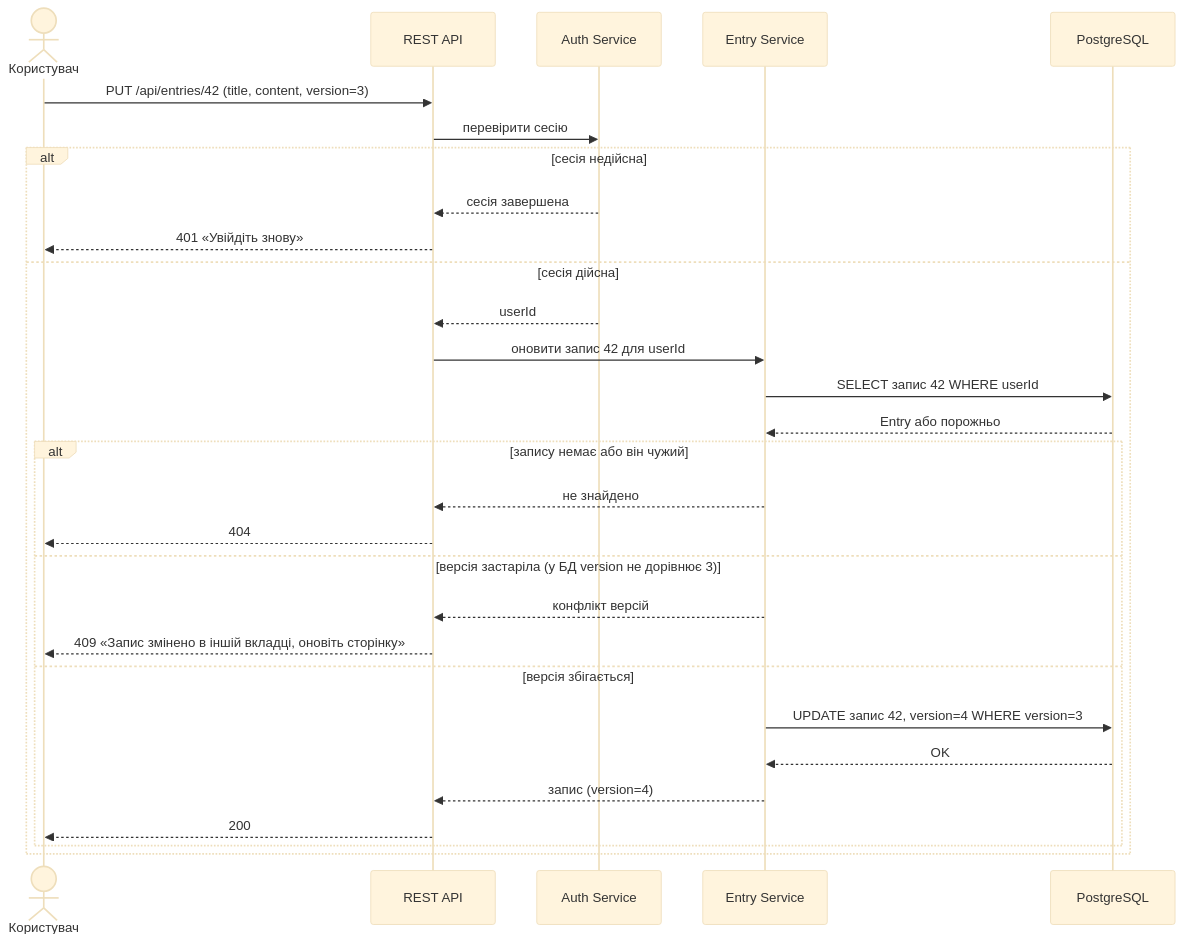
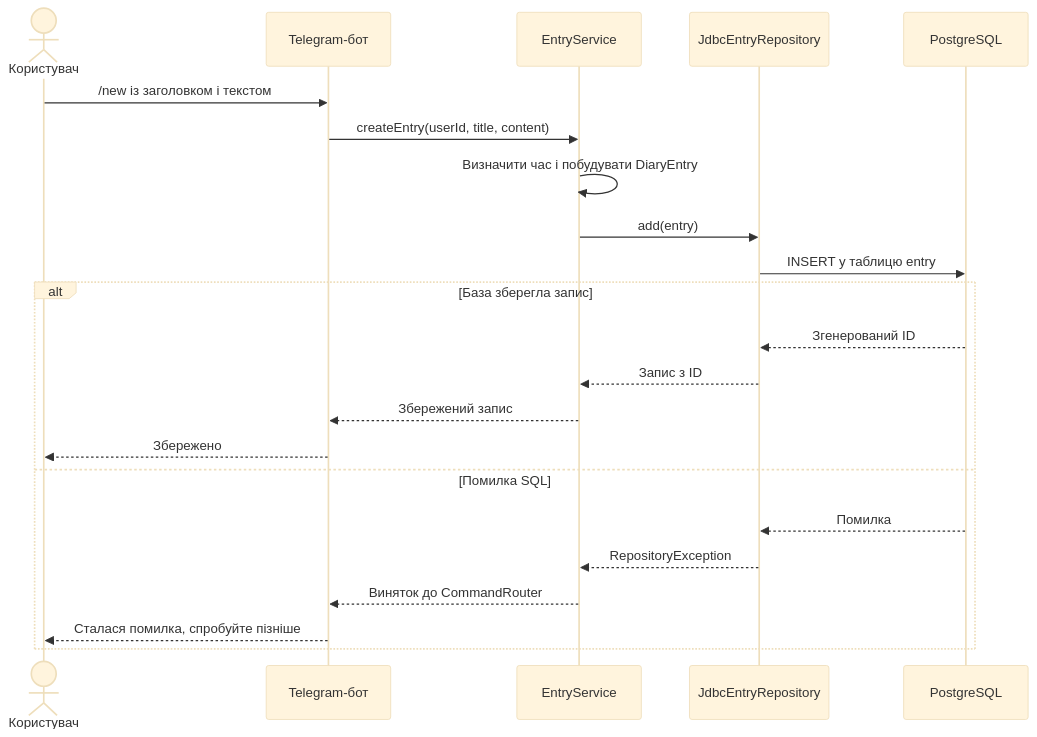
One commit to Tafegi/System-Keeping-Diary changed the second of 2 diagrams in SDD.md. Above: the diagram before and after it, drawn with Mermaid (base theme). The commit also changed other lines of this file, not shown here.

````diff
--- a/SDD.md
+++ b/SDD.md
@@ -149,31 +74,24 @@
 ```mermaid
 sequenceDiagram
     actor U as Користувач
-    participant API as REST API
-    participant Auth as Auth Service
-    participant Entry as Entry Service
-    participant DB as PostgreSQL
-    U->>API: PUT /api/entries/42 (title, content, version=3)
-    API->>Auth: перевірити сесію
-    alt сесія недійсна
-        Auth-->>API: сесія завершена
-        API-->>U: 401 «Увійдіть знову»
-    else сесія дійсна
-        Auth-->>API: userId
-        API->>Entry: оновити запис 42 для userId
-        Entry->>DB: SELECT запис 42 WHERE userId
-        DB-->>Entry: Entry або порожньо
-        alt запису немає або він чужий
-            Entry-->>API: не знайдено
-            API-->>U: 404
-        else версія застаріла (у БД version не дорівнює 3)
-            Entry-->>API: конфлікт версій
-            API-->>U: 409 «Запис змінено в іншій вкладці, оновіть сторінку»
-        else версія збігається
-            Entry->>DB: UPDATE запис 42, version=4 WHERE version=3
-            DB-->>Entry: OK
-            Entry-->>API: запис (version=4)
-            API-->>U: 200
-        end
+    participant B as Telegram-бот
+    participant S as EntryService
+    participant R as JdbcEntryRepository
+    participant D as PostgreSQL
+    U->>B: /new із заголовком і текстом
+    B->>S: createEntry(userId, title, content)
+    S->>S: Визначити час і побудувати DiaryEntry
+    S->>R: add(entry)
+    R->>D: INSERT у таблицю entry
+    alt База зберегла запис
+        D-->>R: Згенерований ID
+        R-->>S: Запис з ID
+        S-->>B: Збережений запис
+        B-->>U: Збережено
+    else Помилка SQL
+        D-->>R: Помилка
+        R-->>S: RepositoryException
+        S-->>B: Виняток до CommandRouter
+        B-->>U: Сталася помилка, спробуйте пізніше
     end
 ```
````
